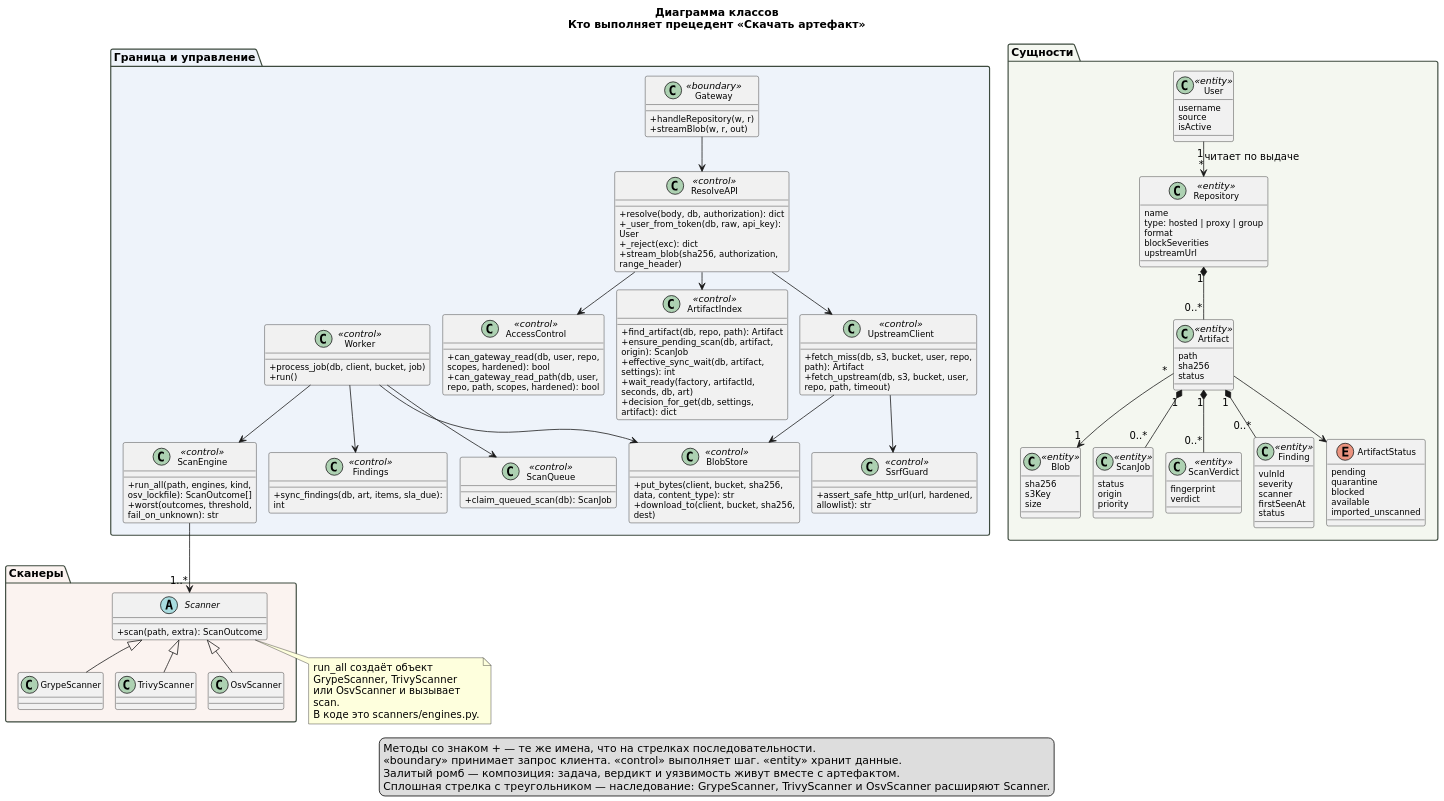
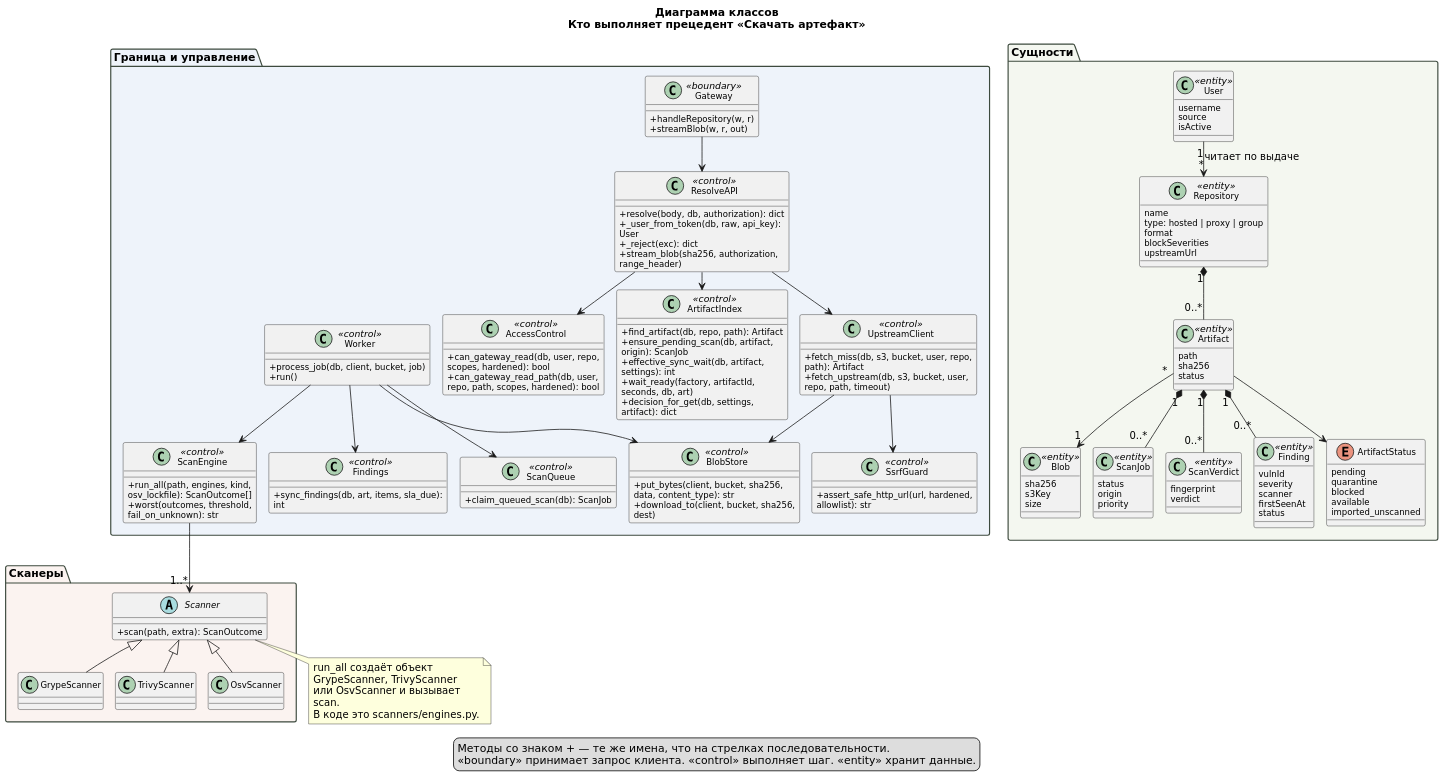
Before and after one commit to meowsl/seccrate-uml: the diagram in 03-class.puml, drawn with PlantUML. The commit also changed 8 other files, not shown here.

```diff
--- a/03-class.puml
+++ b/03-class.puml
@@ -1,168 +1,166 @@
 @startuml 03-class
 ' Классы, которые реализуют прецедент «Скачать артефакт».
 ' У каждого метода есть стрелка с тем же именем на диаграмме последовательности.
 
 skinparam defaultFontName DejaVu Sans
 skinparam shadowing false
 skinparam dpi 140
 skinparam classAttributeIconSize 0
 skinparam classFontSize 13
 skinparam classAttributeFontSize 11
 skinparam wrapWidth 220
 skinparam nodesep 16
 skinparam ranksep 22
 
 title Диаграмма классов\nКто выполняет прецедент «Скачать артефакт»
 
 skinparam package {
   BackgroundColor #FBFBF8
   BorderColor #3D4A3E
   FontStyle bold
 }
 
 package "Граница и управление" #EEF3FA {
   class Gateway <<boundary>> {
     +handleRepository(w, r)
     +streamBlob(w, r, out)
   }
   class ResolveAPI <<control>> {
     +resolve(body, db, authorization): dict
     +_user_from_token(db, raw, api_key): User
     +_reject(exc): dict
     +stream_blob(sha256, authorization, range_header)
   }
   class AccessControl <<control>> {
     +can_gateway_read(db, user, repo, scopes, hardened): bool
     +can_gateway_read_path(db, user, repo, path, scopes, hardened): bool
   }
   class ArtifactIndex <<control>> {
     +find_artifact(db, repo, path): Artifact
     +ensure_pending_scan(db, artifact, origin): ScanJob
     +effective_sync_wait(db, artifact, settings): int
     +wait_ready(factory, artifactId, seconds, db, art)
     +decision_for_get(db, settings, artifact): dict
   }
   class UpstreamClient <<control>> {
     +fetch_miss(db, s3, bucket, user, repo, path): Artifact
     +fetch_upstream(db, s3, bucket, user, repo, path, timeout)
   }
   class SsrfGuard <<control>> {
     +assert_safe_http_url(url, hardened, allowlist): str
   }
   class BlobStore <<control>> {
     +put_bytes(client, bucket, sha256, data, content_type): str
     +download_to(client, bucket, sha256, dest)
   }
   class Worker <<control>> {
     +process_job(db, client, bucket, job)
     +run()
   }
   class ScanQueue <<control>> {
     +claim_queued_scan(db): ScanJob
   }
   class ScanEngine <<control>> {
     +run_all(path, engines, kind, osv_lockfile): ScanOutcome[]
     +worst(outcomes, threshold, fail_on_unknown): str
   }
   class Findings <<control>> {
     +sync_findings(db, art, items, sla_due): int
   }
 }
 
 package "Сканеры" #FBF3F0 {
   abstract class Scanner {
     +scan(path, extra): ScanOutcome
   }
   class GrypeScanner
   class TrivyScanner
   class OsvScanner
 }
 
 package "Сущности" #F4F7F0 {
   class User <<entity>> {
     username
     source
     isActive
   }
   class Repository <<entity>> {
     name
     type: hosted | proxy | group
     format
     blockSeverities
     upstreamUrl
   }
   class Artifact <<entity>> {
     path
     sha256
     status
   }
   class Blob <<entity>> {
     sha256
     s3Key
     size
   }
   class ScanJob <<entity>> {
     status
     origin
     priority
   }
   class ScanVerdict <<entity>> {
     fingerprint
     verdict
   }
   class Finding <<entity>> {
     vulnId
     severity
     scanner
     firstSeenAt
     status
   }
   enum ArtifactStatus {
     pending
     quarantine
     blocked
     available
     imported_unscanned
   }
 }
 
 Gateway --> ResolveAPI
 ResolveAPI --> AccessControl
 ResolveAPI --> ArtifactIndex
 ResolveAPI --> UpstreamClient
 UpstreamClient --> SsrfGuard
 UpstreamClient --> BlobStore
 Worker --> ScanQueue
 Worker --> ScanEngine
 Worker --> BlobStore
 Worker --> Findings
 ScanEngine --> "1..*" Scanner
 
 Scanner <|-- GrypeScanner
 Scanner <|-- TrivyScanner
 Scanner <|-- OsvScanner
 
 User "1" --> "*" Repository : читает по выдаче
 
 Repository "1" *-- "0..*" Artifact
 Artifact "*" --> "1" Blob
 Artifact "1" *-- "0..*" ScanJob
 Artifact "1" *-- "0..*" ScanVerdict
 Artifact "1" *-- "0..*" Finding
 Artifact --> ArtifactStatus
 
 note bottom of Scanner
   run_all создаёт объект
   GrypeScanner, TrivyScanner
   или OsvScanner и вызывает scan.
   В коде это scanners/engines.py.
 end note
 
 legend bottom
   Методы со знаком + — те же имена, что на стрелках последовательности.
   <<boundary>> принимает запрос клиента. <<control>> выполняет шаг. <<entity>> хранит данные.
-  Залитый ромб — композиция: задача, вердикт и уязвимость живут вместе с артефактом.
-  Сплошная стрелка с треугольником — наследование: GrypeScanner, TrivyScanner и OsvScanner расширяют Scanner.
 endlegend
 
 @enduml
```
